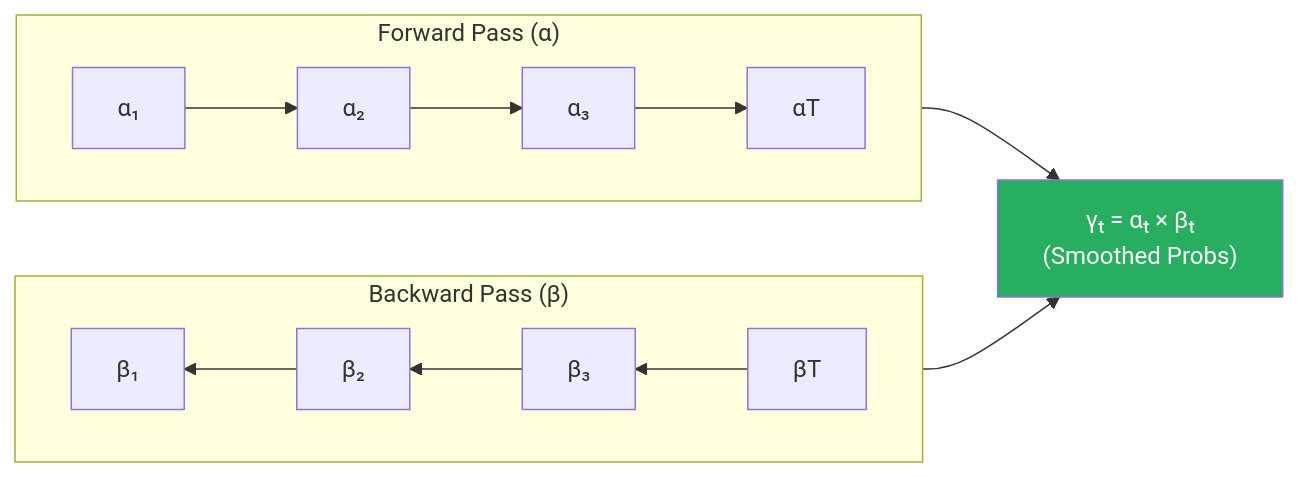
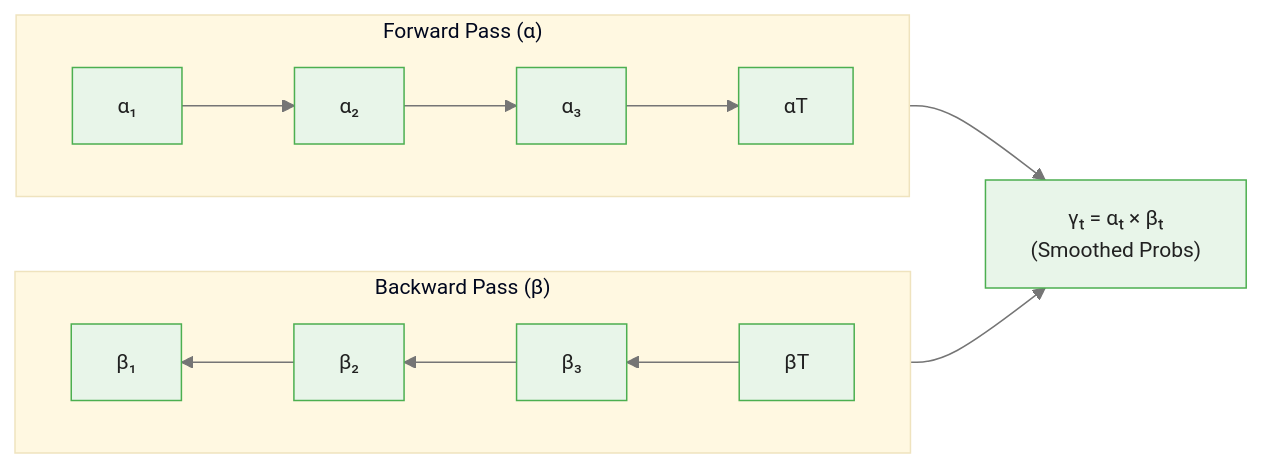
One commit to m-deane/course-creator changed the third of 4 diagrams in courses/bayesian-commodity-forecasting/modules/module_07_regime_switching/guides/01_hmm_fundamentals_slides.md. Above: the diagram before and after it, drawn with Mermaid. The commit also changed other lines of this file and 104 other files, not shown here.

````diff
--- a/courses/bayesian-commodity-forecasting/modules/module_07_regime_switching/guides/01_hmm_fundamentals_slides.md
+++ b/courses/bayesian-commodity-forecasting/modules/module_07_regime_switching/guides/01_hmm_fundamentals_slides.md
@@ -144,14 +156,14 @@
 ```mermaid
+%%{init: {"theme": "base", "themeVariables": {"primaryColor": "#e8f5e9", "primaryBorderColor": "#4caf50", "primaryTextColor": "#212121", "secondaryColor": "#e3f2fd", "tertiaryColor": "#fff8e1", "lineColor": "#757575", "fontFamily": "Inter, sans-serif", "fontSize": "14px"}}}%%
 flowchart LR
     subgraph Forward["Forward Pass (α)"]
         direction LR
         A1["α₁"] --> A2["α₂"] --> A3["α₃"] --> AT["αT"]
     end
     subgraph Backward["Backward Pass (β)"]
         direction RL
         BT["βT"] --> B3["β₃"] --> B2["β₂"] --> B1["β₁"]
     end
     Forward --> COMBINE["γₜ = αₜ × βₜ\n(Smoothed Probs)"]
     Backward --> COMBINE
-    style COMBINE fill:#27ae60,color:#fff
 ```
````
